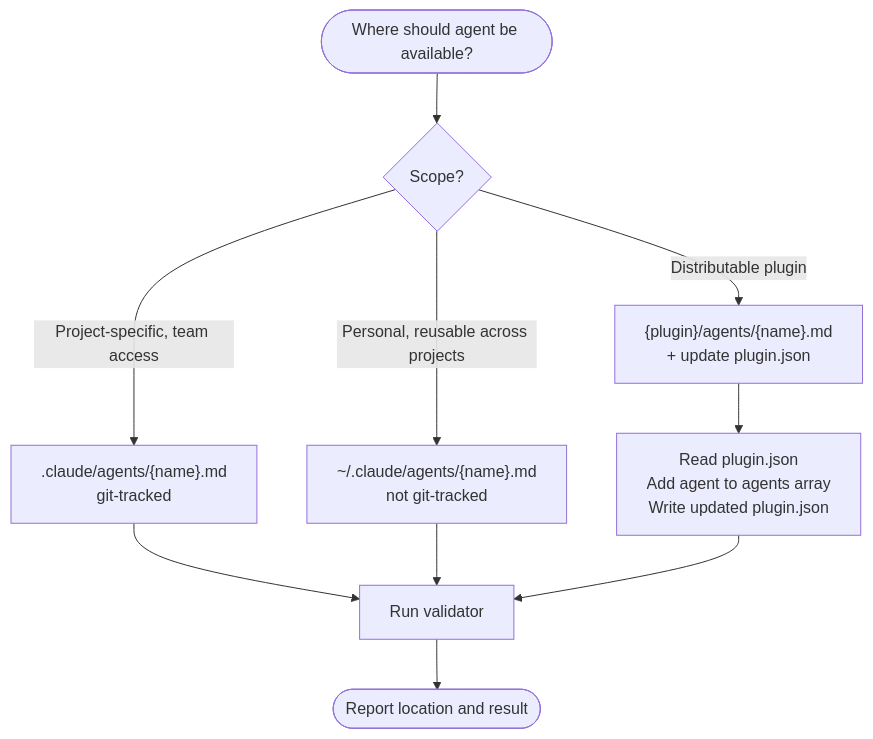
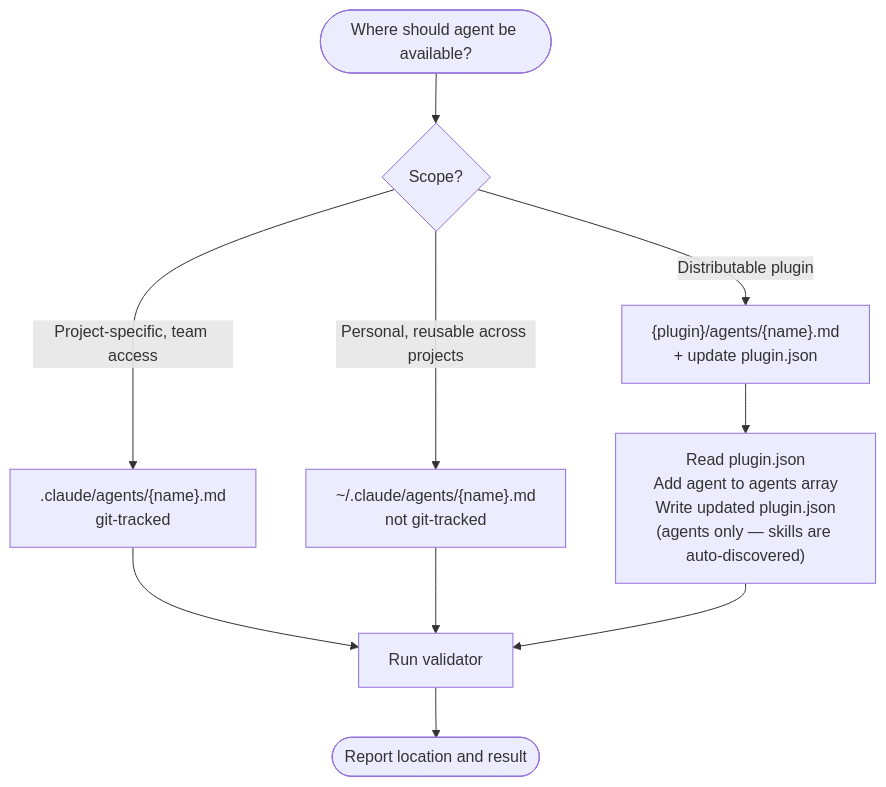
The third of 5 diagrams in plugins/plugin-creator/agents/agent-creator.md (chgreer1070/claude_skills), drawn with Mermaid before and after one commit. The commit also changed other lines of this file and 7 other files, not shown here.

First line of the commit message:
refactor(plugin-creator): clarify agent/skill registration and improve validator messaging

````diff
--- a/plugins/plugin-creator/agents/agent-creator.md
+++ b/plugins/plugin-creator/agents/agent-creator.md
@@ -107,12 +114,12 @@
 ```mermaid
 flowchart TD
     Start([Where should agent be available?]) --> Q1{Scope?}
-    Q1 -->|Project-specific, team access| Project[".claude/agents/{name}.md\ngit-tracked"]
-    Q1 -->|Personal, reusable across projects| User["~/.claude/agents/{name}.md\nnot git-tracked"]
-    Q1 -->|Distributable plugin| Plugin["{plugin}/agents/{name}.md\n+ update plugin.json"]
+    Q1 -->|Project-specific, team access| Project[".claude/agents/{name}.md<br>git-tracked"]
+    Q1 -->|Personal, reusable across projects| User["~/.claude/agents/{name}.md<br>not git-tracked"]
+    Q1 -->|Distributable plugin| Plugin["{plugin}/agents/{name}.md<br>+ update plugin.json"]
     Project --> Validate[Run validator]
     User --> Validate
-    Plugin --> UpdateJSON[Read plugin.json\nAdd agent to agents array\nWrite updated plugin.json]
+    Plugin --> UpdateJSON["Read plugin.json<br>Add agent to agents array<br>Write updated plugin.json<br>(agents only — skills are auto-discovered)"]
     UpdateJSON --> Validate
     Validate --> Done([Report location and result])
 ```
````
